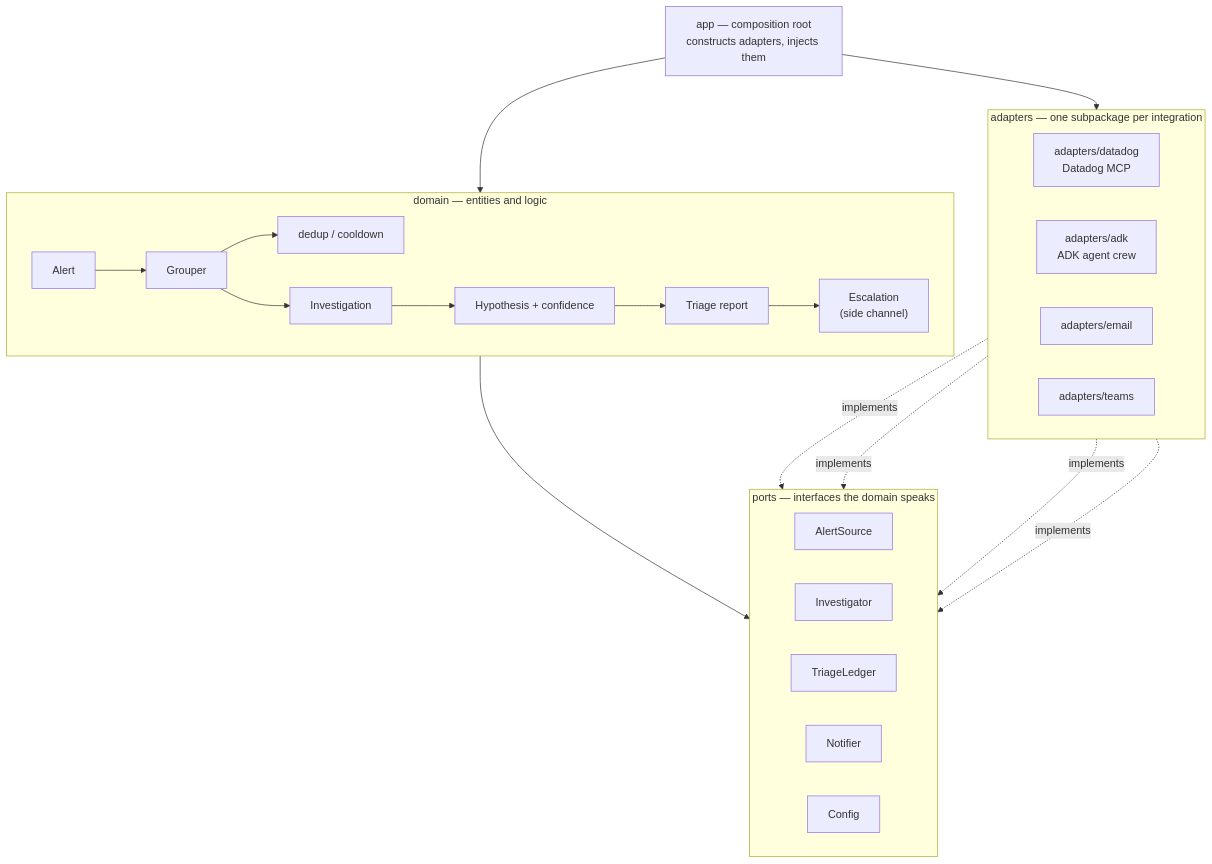
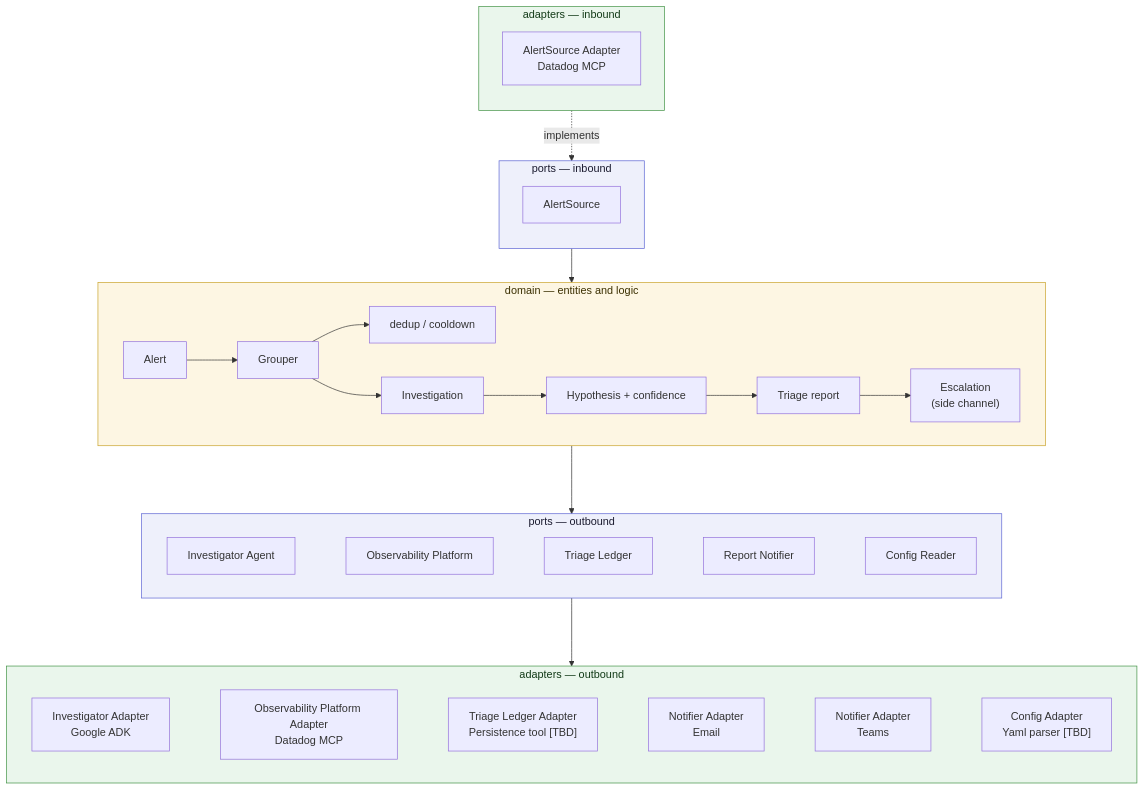
The diagram in README.md (EduardoFLima/alert-triage), drawn with Mermaid before and after one commit. The commit also changed other lines of this file and 1 other file, not shown here.

Commit message:
Rework architecture diagram (inbound/outbound layers) and add ObservabilityPlatform port
Splits the README diagram into inbound/outbound ports and adapters with
per-layer coloring, and documents the new ObservabilityPlatform port
(queried by the investigator's specialist agents) in both the README
port table and docs/vision.md, including its role in roadmap slices 6-7.

````diff
--- a/README.md
+++ b/README.md
@@ -81,39 +81,43 @@
 ```mermaid
 flowchart TB
-    App["app — composition root<br/>constructs adapters, injects them"]
-
+    subgraph InboundAdapters["adapters — inbound"]
+        direction TB
+        DatadogMCP["AlertSource Adapter<br/>Datadog MCP"]
+    end
+    subgraph InboundPorts["ports — inbound"]
+        direction TB
+        AlertSource["AlertSource"]
+    end
     subgraph Domain["domain — entities and logic"]
         direction LR
         Alert["Alert"] --> Grouper["Grouper"]
         Grouper --> Ledger["dedup / cooldown"]
         Grouper --> Investigation["Investigation"]
         Investigation --> Diagnosis["Hypothesis + confidence"]
         Diagnosis --> Report["Triage report"]
         Report --> Escalation["Escalation<br/>(side channel)"]
     end
 
-    subgraph Ports["ports — interfaces the domain speaks"]
+    subgraph OutboundPorts["ports — outbound"]
         direction LR
-        AlertSource["AlertSource"]
-        Investigator["Investigator"]
-        TriageLedger["TriageLedger"]
-        Notifier["Notifier"]
-        Config["Config"]
+        Investigator["Investigator Agent"] ~~~ ObservabilityPlatform["Observability Platform"] ~~~ TriageLedger["Triage Ledger"] ~~~ Notifier["Report Notifier"] ~~~ Config["Config Reader"]
     end
 
-    subgraph Adapters["adapters — one subpackage per integration"]
+    subgraph OutboundAdapters["adapters — outbound"]
         direction LR
-        DatadogMCP["adapters/datadog<br/>Datadog MCP"]
-        ADKCrew["adapters/adk<br/>ADK agent crew"]
-        EmailAdapter["adapters/email"]
-        TeamsAdapter["adapters/teams"]
+        ADK["Investigator Adapter<br/>Google ADK"] ~~~ ObservabilityPlatformAdapter["Observability Platform Adapter<br/>Datadog MCP"] ~~~ TriageLedgerAdapter["Triage Ledger Adapter<br/>Persistence tool [TBD]"] ~~~ NotifierEmailAdapter["Notifier Adapter<br/>Email"] ~~~ NotifierTeamsAdapter["Notifier Adapter<br/>Teams"] ~~~ ConfigAdapter["Config Adapter<br/>Yaml parser [TBD]"]
     end
 
-    Domain --> Ports
     DatadogMCP -. implements .-> AlertSource
-    ADKCrew -. implements .-> Investigator
-    EmailAdapter -. implements .-> Notifier
-    TeamsAdapter -. implements .-> Notifier
-    App --> Adapters
-    App --> Domain
+    AlertSource --> Domain
+    Domain ---> OutboundPorts
+    OutboundPorts ---> OutboundAdapters
+
+    classDef domainClass fill:#fdf6e3,stroke:#c9a227,color:#3a2f00
+    classDef portsClass fill:#eef0fb,stroke:#5b63d3,color:#1a1a2e
+    classDef adaptersClass fill:#eaf6ec,stroke:#3f9142,color:#123a17
+
+    class Domain domainClass
+    class InboundPorts,OutboundPorts portsClass
+    class InboundAdapters,OutboundAdapters adaptersClass
 ```
````
